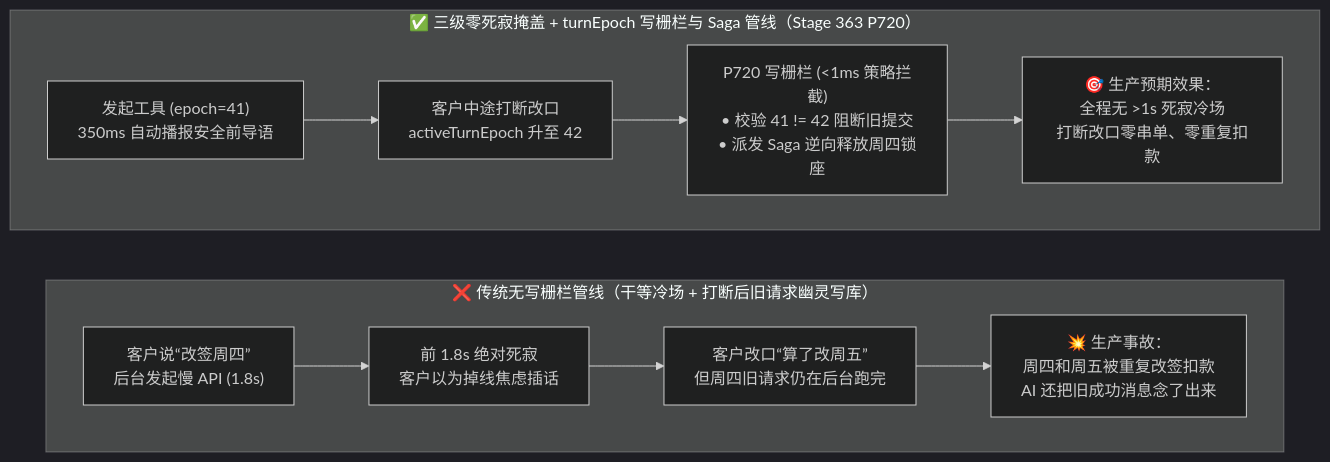
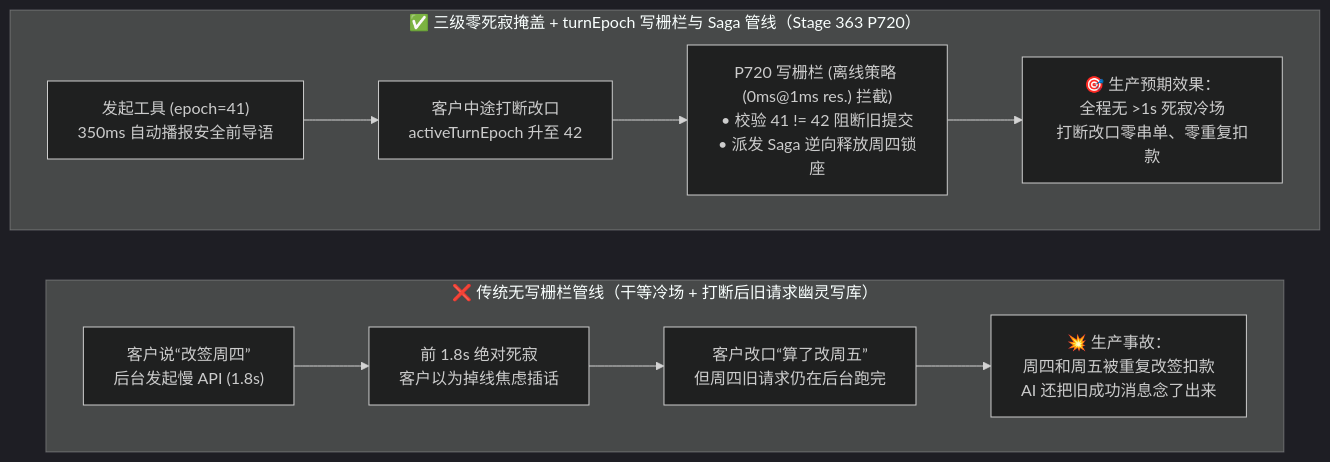
The second of 3 diagrams in voice/voice-tool-epoch-fence-faq.md (turbo998/turbo998.github.io), drawn with Mermaid (dark theme) before and after one commit. The commit also changed other lines of this file and 43 other files, not shown here.

````diff
--- a/voice/voice-tool-epoch-fence-faq.md
+++ b/voice/voice-tool-epoch-fence-faq.md
@@ -66,16 +66,16 @@
 ```mermaid
 flowchart LR
     subgraph Legacy["❌ 传统无写栅栏管线（干等冷场 + 打断后旧请求幽灵写库）"]
         direction LR
         L1["客户说“改签周四”\n后台发起慢 API (1.8s)"] --> L2["前 1.8s 绝对死寂\n客户以为掉线焦虑插话"]
         L2 --> L3["客户改口“算了改周五”\n但周四旧请求仍在后台跑完"]
         L3 --> L4["💥 生产事故：\n周四和周五被重复改签扣款\nAI 还把旧成功消息念了出来"]
     end
 
     subgraph Modern["✅ 三级零死寂掩盖 + turnEpoch 写栅栏与 Saga 管线（Stage 363 P720）"]
         direction LR
         M1["发起工具 (epoch=41)\n350ms 自动播报安全前导语"] --> M2["客户中途打断改口\nactiveTurnEpoch 升至 42"]
-        M2 --> M3["P720 写栅栏 (<1ms 策略拦截)\n• 校验 41 != 42 阻断旧提交\n• 派发 Saga 逆向释放周四锁座"]
+        M2 --> M3["P720 写栅栏 (离线策略 (0ms@1ms res.) 拦截)\n• 校验 41 != 42 阻断旧提交\n• 派发 Saga 逆向释放周四锁座"]
         M3 --> M4["🎯 生产预期效果：\n全程无 >1s 死寂冷场\n打断改口零串单、零重复扣款"]
     end
 ```
````
